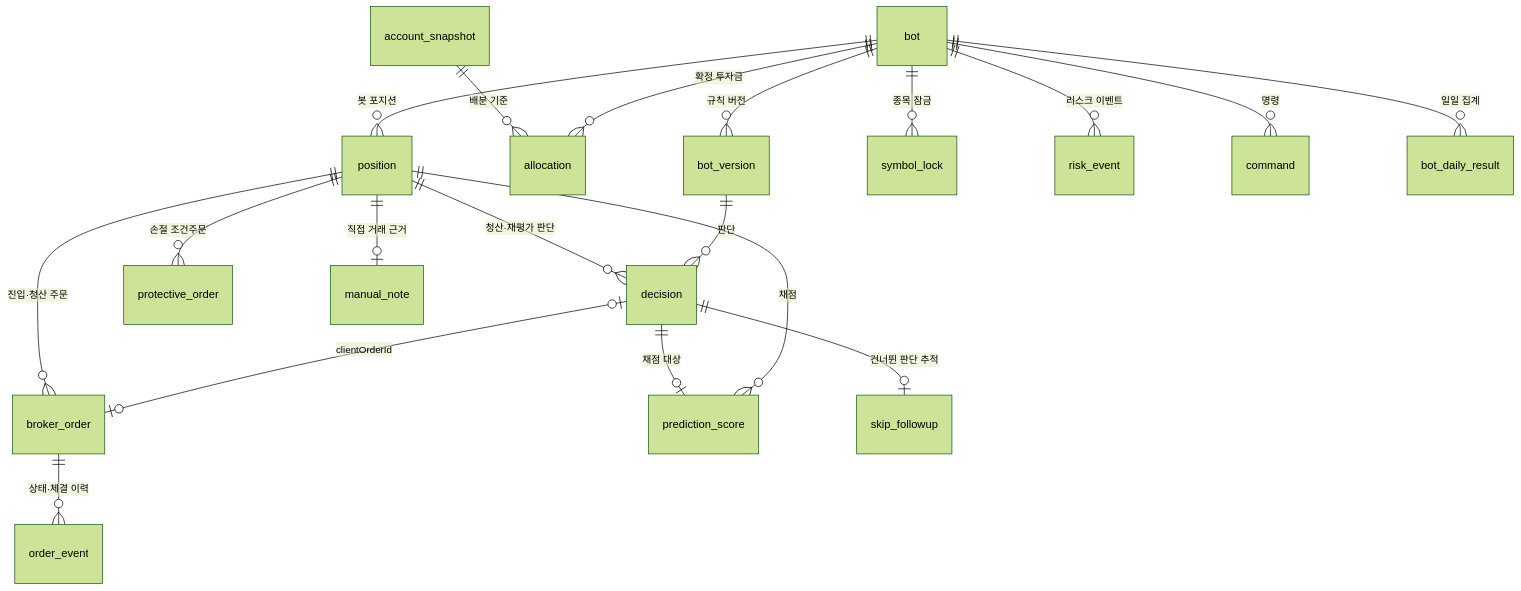
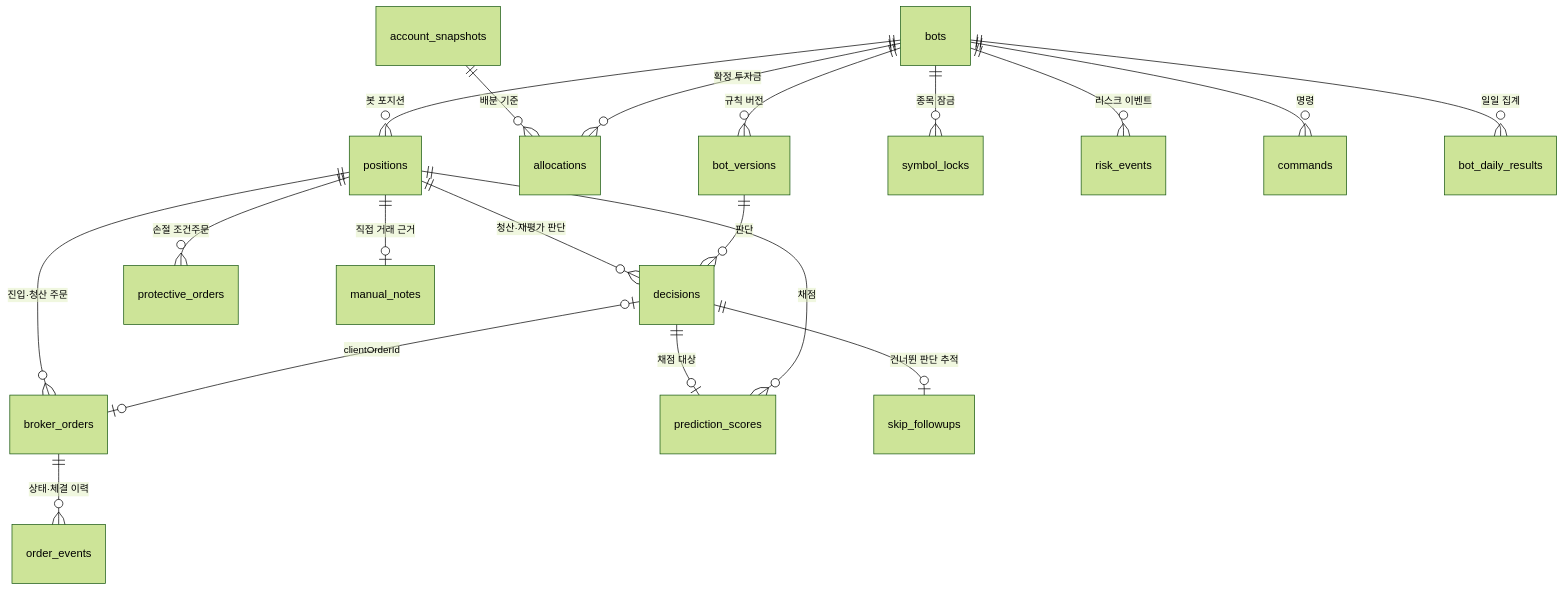
One commit to sonic0506/sonic-tradelytics changed the diagram in docs/architecture/data-model.md. Above: the diagram before and after it, drawn with Mermaid (forest theme). The commit also changed other lines of this file and 59 other files, not shown here.

````diff
--- a/docs/architecture/data-model.md
+++ b/docs/architecture/data-model.md
@@ -33,21 +33,21 @@
 ```mermaid
 erDiagram
-    bot ||--o{ bot_version : "규칙 버전"
-    bot ||--o{ allocation : "확정 투자금"
-    account_snapshot ||--o{ allocation : "배분 기준"
-    bot_version ||--o{ decision : "판단"
-    bot ||--o{ position : "봇 포지션"
-    position ||--o{ decision : "청산·재평가 판단"
-    decision |o--o| broker_order : "clientOrderId"
-    position ||--o{ broker_order : "진입·청산 주문"
-    broker_order ||--o{ order_event : "상태·체결 이력"
-    position ||--o{ protective_order : "손절 조건주문"
-    position ||--o{ prediction_score : "채점"
-    decision ||--o| prediction_score : "채점 대상"
-    decision ||--o| skip_followup : "건너뛴 판단 추적"
-    position ||--o| manual_note : "직접 거래 근거"
-    bot ||--o{ symbol_lock : "종목 잠금"
-    bot ||--o{ risk_event : "리스크 이벤트"
-    bot ||--o{ command : "명령"
-    bot ||--o{ bot_daily_result : "일일 집계"
+    bots ||--o{ bot_versions : "규칙 버전"
+    bots ||--o{ allocations : "확정 투자금"
+    account_snapshots ||--o{ allocations : "배분 기준"
+    bot_versions ||--o{ decisions : "판단"
+    bots ||--o{ positions : "봇 포지션"
+    positions ||--o{ decisions : "청산·재평가 판단"
+    decisions |o--o| broker_orders : "clientOrderId"
+    positions ||--o{ broker_orders : "진입·청산 주문"
+    broker_orders ||--o{ order_events : "상태·체결 이력"
+    positions ||--o{ protective_orders : "손절 조건주문"
+    positions ||--o{ prediction_scores : "채점"
+    decisions ||--o| prediction_scores : "채점 대상"
+    decisions ||--o| skip_followups : "건너뛴 판단 추적"
+    positions ||--o| manual_notes : "직접 거래 근거"
+    bots ||--o{ symbol_locks : "종목 잠금"
+    bots ||--o{ risk_events : "리스크 이벤트"
+    bots ||--o{ commands : "명령"
+    bots ||--o{ bot_daily_results : "일일 집계"
 ```
````
